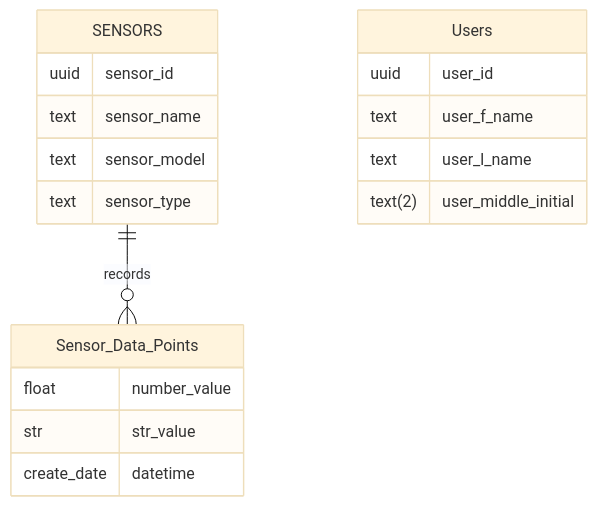
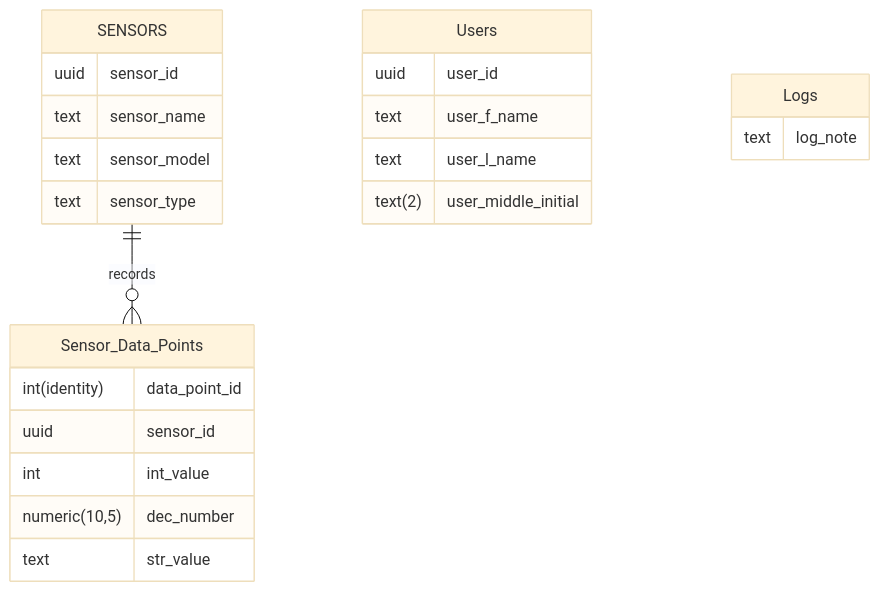
Before and after one commit to CharisGrubb/SensorCommandCenter: the diagram in Documentation/Database_Relational_Diagram.md, drawn with Mermaid (base theme).

Commit message:
er diagram updates

````diff
--- a/Documentation/Database_Relational_Diagram.md
+++ b/Documentation/Database_Relational_Diagram.md
@@ -1,31 +1,36 @@
 ```mermaid
 
 erDiagram
     SENSORS ||--o{ Sensor_Data_Points : records
 
 
     Users{
         uuid user_id
         text user_f_name
         text user_l_name
         text(2) user_middle_initial
     }
 
 
     SENSORS {
         uuid sensor_id
         text sensor_name 
         text sensor_model
         text sensor_type
         
     }
     
     Sensor_Data_Points {
-        float number_value
-        str str_value
-        create_date datetime
+        int(identity) data_point_id
+        uuid sensor_id
+        int int_value 
+        numeric(10,5) dec_number  
+        text str_value
     }
    
+    Logs{
+        text log_note
+    }
 
 
 ```
````
